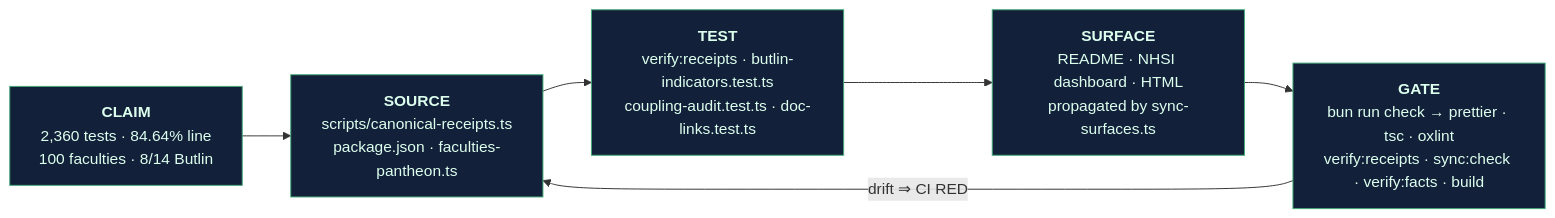
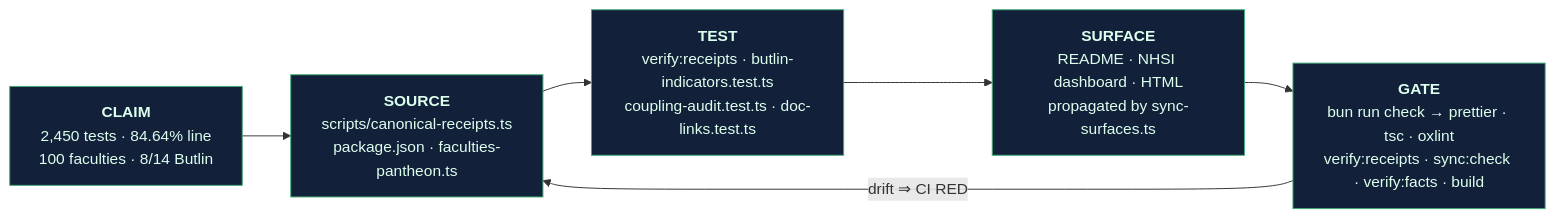
The tenth of 16 diagrams in docs/BRAIN-NEUROLOGY-CONSCIOUSNESS-ENGINEERING-ASSESSMENT-2026-07-06.md (0thernes/cosmogonic-quantum-mechalogodrom), drawn with Mermaid before and after one commit. The commit also changed other lines of this file and 2 other files, not shown here.

````diff
--- a/docs/BRAIN-NEUROLOGY-CONSCIOUSNESS-ENGINEERING-ASSESSMENT-2026-07-06.md
+++ b/docs/BRAIN-NEUROLOGY-CONSCIOUSNESS-ENGINEERING-ASSESSMENT-2026-07-06.md
@@ -1791,12 +1791,12 @@
 ```mermaid
 flowchart LR
-    A["<b>CLAIM</b><br/>2,360 tests · 84.64% line<br/>100 faculties · 8/14 Butlin"]
+    A["<b>CLAIM</b><br/>2,450 tests · 84.64% line<br/>100 faculties · 8/14 Butlin"]
     B["<b>SOURCE</b><br/>scripts/canonical-receipts.ts<br/>package.json · faculties-pantheon.ts"]
     T["<b>TEST</b><br/>verify:receipts · butlin-indicators.test.ts<br/>coupling-audit.test.ts · doc-links.test.ts"]
     S["<b>SURFACE</b><br/>README · NHSI dashboard · HTML<br/>propagated by sync-surfaces.ts"]
     G["<b>GATE</b><br/>bun run check → prettier · tsc · oxlint<br/>verify:receipts · sync:check · verify:facts · build"]
     A --> B --> T --> S --> G
     G -->|"drift ⇒ CI RED"| B
     classDef n fill:#12203a,stroke:#4a7,color:#dfe;
     class A,B,T,S,G n;
 ```
````
